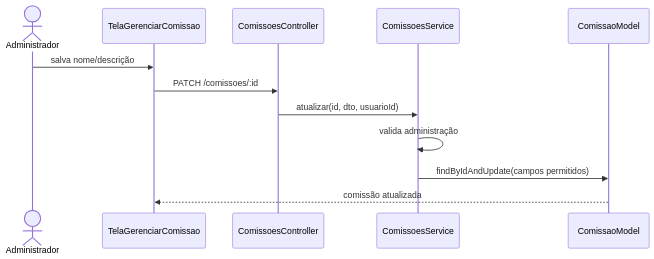
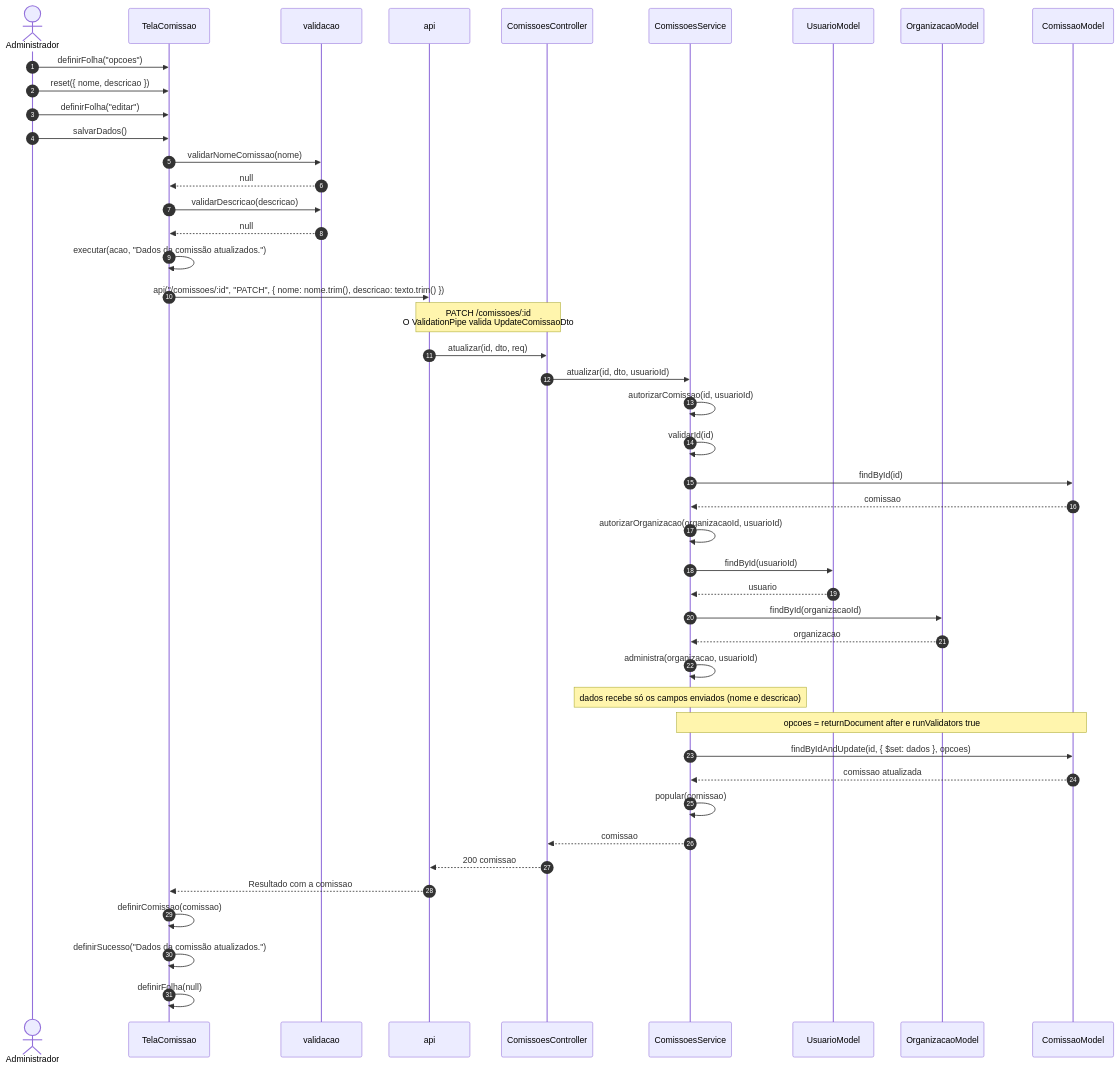
The fourth of 9 diagrams in 2 - Incremento1/cadastro-comissao/6 - diagramas-sequencia-cadastro-comissao.md (Conecta-IFSP/DOCUMENTATION), drawn with Mermaid before and after one commit. The commit also changed other lines of this file and 54 other files, not shown here.

````diff
--- a/2 - Incremento1/cadastro-comissao/6 - diagramas-sequencia-cadastro-comissao.md
+++ b/2 - Incremento1/cadastro-comissao/6 - diagramas-sequencia-cadastro-comissao.md
@@ -65,14 +182,47 @@
 ```mermaid
 sequenceDiagram
-    actor A as Administrador
-    participant T as TelaGerenciarComissao
+    autonumber
+    actor U as Administrador
+    participant T as TelaComissao
+    participant V as validacao
+    participant A as api
     participant C as ComissoesController
     participant S as ComissoesService
+    participant UM as UsuarioModel
+    participant OM as OrganizacaoModel
     participant M as ComissaoModel
-    A->>T: salva nome/descrição
-    T->>C: PATCH /comissoes/:id
+    U->>T: definirFolha("opcoes")
+    U->>T: reset({ nome, descricao })
+    U->>T: definirFolha("editar")
+    U->>T: salvarDados()
+    T->>V: validarNomeComissao(nome)
+    V-->>T: null
+    T->>V: validarDescricao(descricao)
+    V-->>T: null
+    T->>T: executar(acao, "Dados da comissão atualizados.")
+    T->>A: api("/comissoes/:id", "PATCH", { nome: nome.trim(), descricao: texto.trim() })
+    Note over A,C: PATCH /comissoes/:id<br/>O ValidationPipe valida UpdateComissaoDto
+    A->>C: atualizar(id, dto, req)
     C->>S: atualizar(id, dto, usuarioId)
-    S->>S: valida administração
-    S->>M: findByIdAndUpdate(campos permitidos)
-    M-->>T: comissão atualizada
+    S->>S: autorizarComissao(id, usuarioId)
+    S->>S: validarId(id)
+    S->>M: findById(id)
+    M-->>S: comissao
+    S->>S: autorizarOrganizacao(organizacaoId, usuarioId)
+    S->>UM: findById(usuarioId)
+    UM-->>S: usuario
+    S->>OM: findById(organizacaoId)
+    OM-->>S: organizacao
+    S->>S: administra(organizacao, usuarioId)
+    Note over S: dados recebe só os campos enviados (nome e descricao)
+    Note over S,M: opcoes = returnDocument after e runValidators true
+    S->>M: findByIdAndUpdate(id, { $set: dados }, opcoes)
+    M-->>S: comissao atualizada
+    S->>S: popular(comissao)
+    S-->>C: comissao
+    C-->>A: 200 comissao
+    A-->>T: Resultado com a comissao
+    T->>T: definirComissao(comissao)
+    T->>T: definirSucesso("Dados da comissão atualizados.")
+    T->>T: definirFolha(null)
 ```
````
